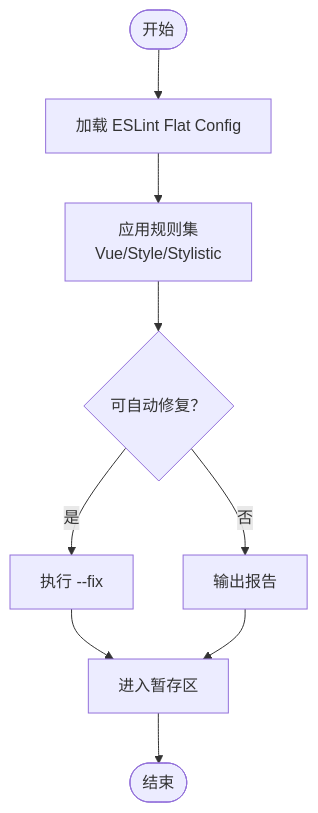
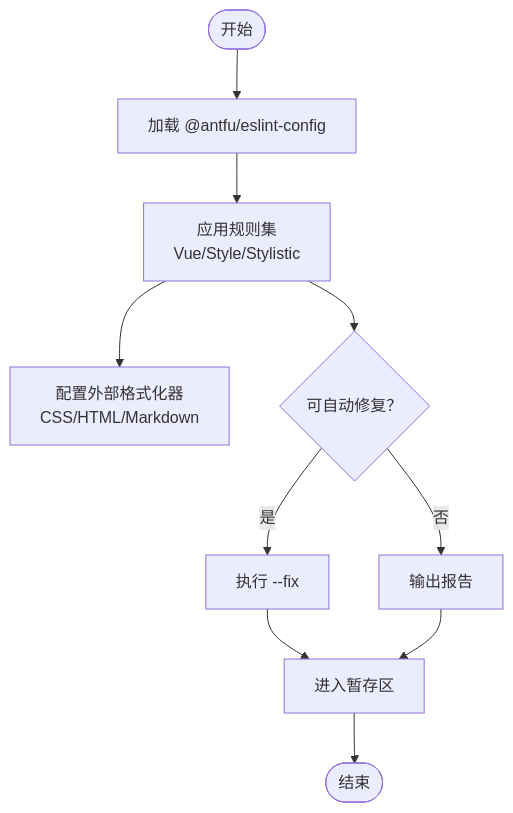
The third of 9 diagrams in .qoder/repowiki/zh/content/开发工具与规范/开发工具与规范.md (giserman001/vue3-vant4-mobile), drawn with Mermaid before and after one commit. The commit also changed other lines of this file and 60 other files, not shown here.

````diff
--- a/.qoder/repowiki/zh/content/开发工具与规范/开发工具与规范.md
+++ b/.qoder/repowiki/zh/content/开发工具与规范/开发工具与规范.md
@@ -124,11 +138,12 @@
 ```mermaid
 flowchart TD
-Start(["开始"]) --> LoadCfg["加载 ESLint Flat Config"]
+Start(["开始"]) --> LoadCfg["加载 @antfu/eslint-config"]
 LoadCfg --> ApplyRules["应用规则集<br/>Vue/Style/Stylistic"]
+ApplyRules --> Formatters["配置外部格式化器<br/>CSS/HTML/Markdown"]
 ApplyRules --> Fixable{"可自动修复？"}
 Fixable --> |是| AutoFix["执行 --fix"]
 Fixable --> |否| Report["输出报告"]
 AutoFix --> Stage["进入暂存区"]
 Report --> Stage
 Stage --> End(["结束"])
 ```
````
